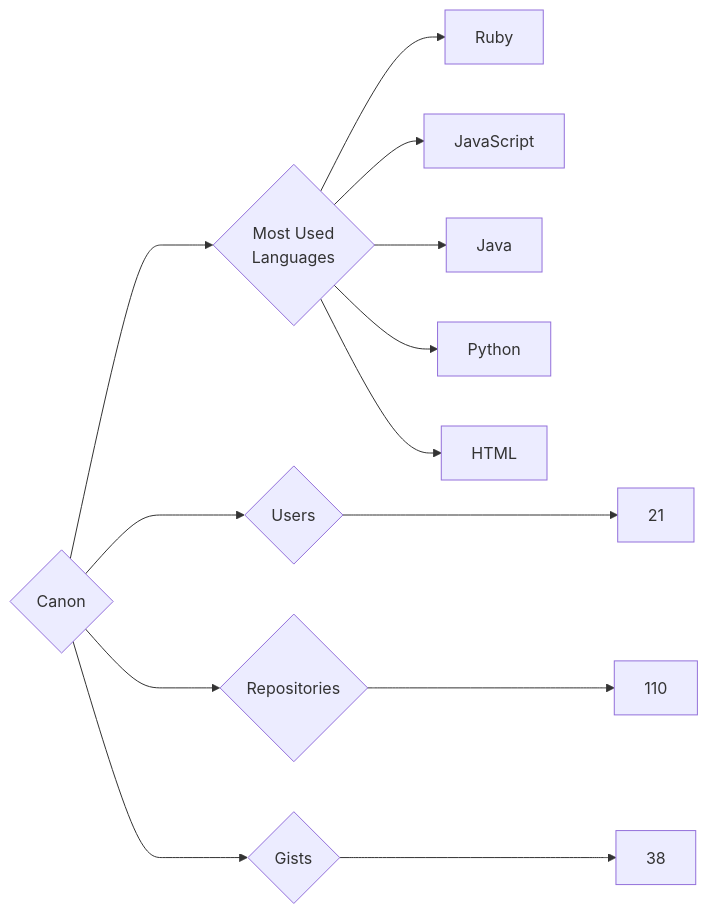
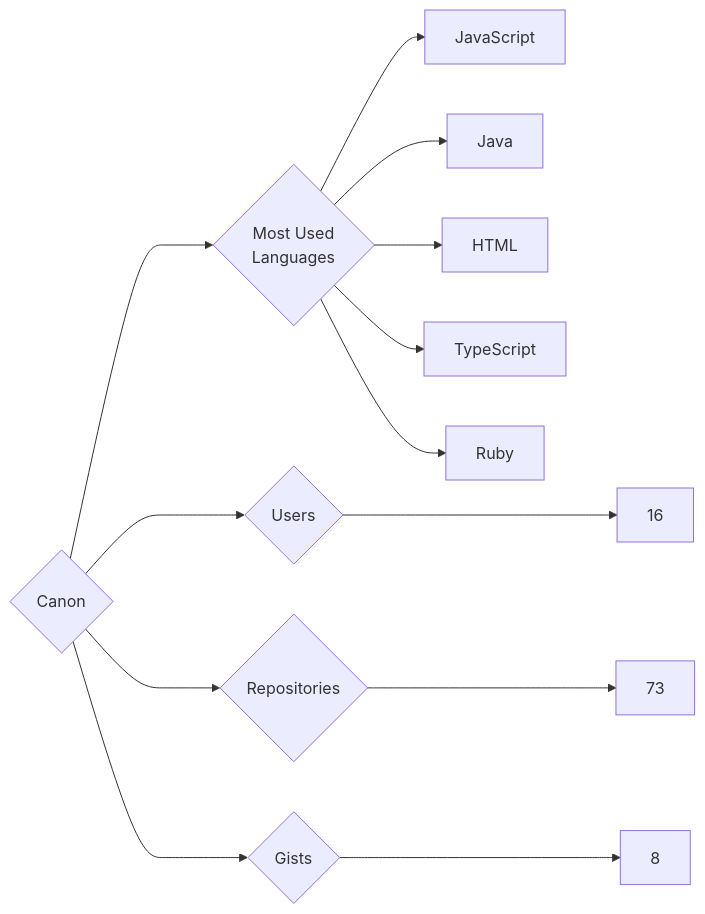
One commit to trickest/insiders changed the diagram in targets/Canon/README.md. Above: the diagram before and after it, drawn with Mermaid. The commit also changed 965 other files, not shown here.

````diff
--- a/targets/Canon/README.md
+++ b/targets/Canon/README.md
@@ -3,13 +3,13 @@
 ```mermaid
 graph LR
 COMPANY_NAME{Canon}
-COMPANY_NAME ---> U{Users} ---> UN[21]
-COMPANY_NAME ---> R{Repositories} ---> RN[110]
-COMPANY_NAME ---> G{Gists} ---> GN[38]
+COMPANY_NAME ---> U{Users} ---> UN[16]
+COMPANY_NAME ---> R{Repositories} ---> RN[73]
+COMPANY_NAME ---> G{Gists} ---> GN[8]
 COMPANY_NAME ---> ML{Most Used<br>Languages}
-ML --> Ruby[Ruby]
 ML --> JavaScript[JavaScript]
 ML --> Java[Java]
-ML --> Python[Python]
 ML --> HTML[HTML]
+ML --> TypeScript[TypeScript]
+ML --> Ruby[Ruby]
 ```
````
